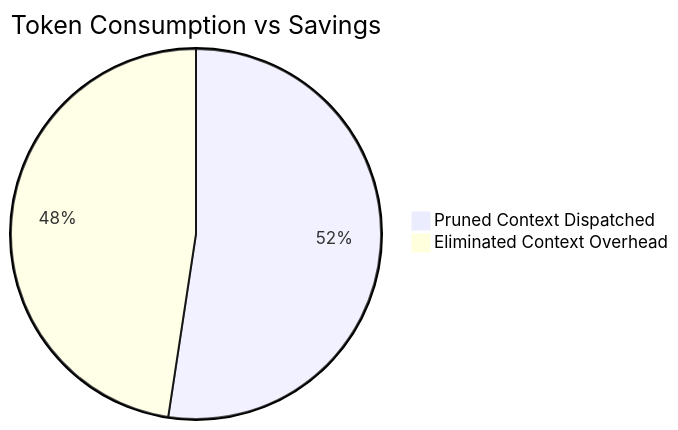
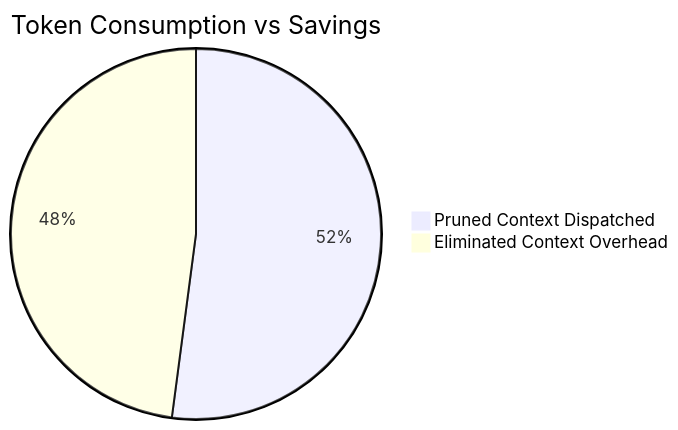
Before and after one commit to lakhwindersingh/nb_fairyfly: the diagram in workplace/docs/reports/token_savings_report.md, drawn with Mermaid. The commit also changed other lines of this file and 25 other files, not shown here.

````diff
--- a/workplace/docs/reports/token_savings_report.md
+++ b/workplace/docs/reports/token_savings_report.md
@@ -26,5 +26,5 @@
 ```mermaid
 pie title Token Consumption vs Savings
-    "Pruned Context Dispatched" : 25307363
-    "Eliminated Context Overhead" : 22990511
+    "Pruned Context Dispatched" : 26470977
+    "Eliminated Context Overhead" : 24353393
 ```
````
